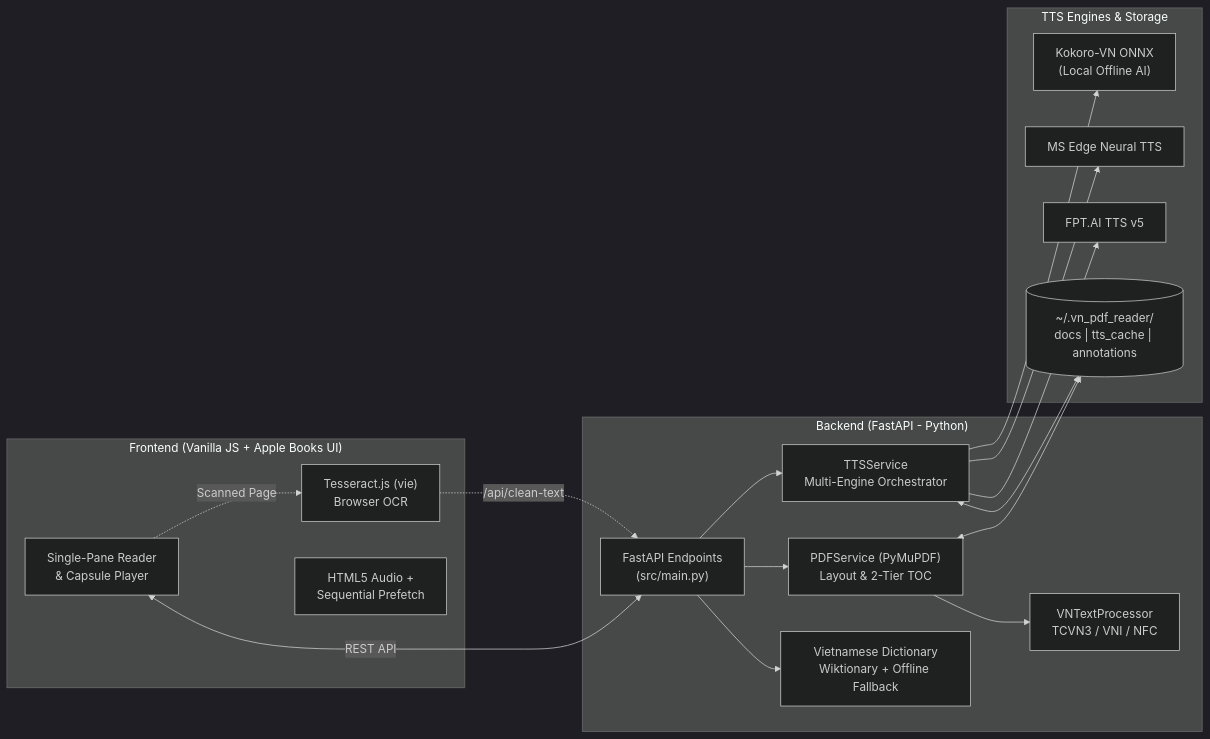
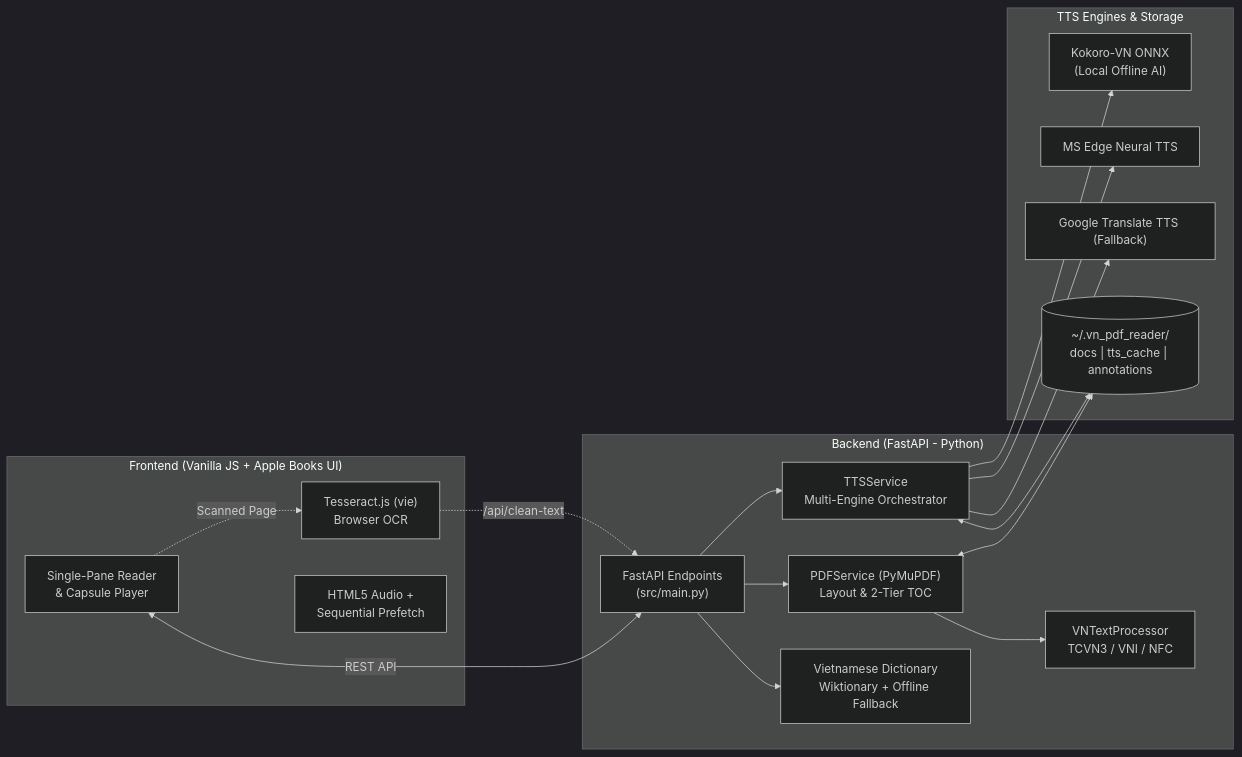
One commit to xuanchinh97/vn-pdf-reader changed the diagram in README.md. Above: the diagram before and after it, drawn with Mermaid (dark theme). The commit also changed other lines of this file and 9 other files, not shown here.

````diff
--- a/README.md
+++ b/README.md
@@ -103,32 +102,32 @@
 ```mermaid
 flowchart LR
     subgraph Client ["Frontend (Vanilla JS + Apple Books UI)"]
         UI["Single-Pane Reader\n& Capsule Player"]
         OCR["Tesseract.js (vie)\nBrowser OCR"]
         Audio["HTML5 Audio +\nSequential Prefetch"]
     end
 
     subgraph Server ["Backend (FastAPI - Python)"]
         API["FastAPI Endpoints\n(src/main.py)"]
         PDF["PDFService (PyMuPDF)\nLayout & 2-Tier TOC"]
         VN["VNTextProcessor\nTCVN3 / VNI / NFC"]
         TTS["TTSService\nMulti-Engine Orchestrator"]
         DICT["Vietnamese Dictionary\nWiktionary + Offline Fallback"]
     end
 
     subgraph Engines ["TTS Engines & Storage"]
         KOKORO["Kokoro-VN ONNX\n(Local Offline AI)"]
         EDGE["MS Edge Neural TTS"]
-        FPT["FPT.AI TTS v5"]
+        GOOGLE["Google Translate TTS (Fallback)"]
         CACHE[("~/.vn_pdf_reader/\ndocs | tts_cache | annotations")]
     end
 
     UI <-->|REST API| API
     UI -.->|Scanned Page| OCR
     OCR -.->|/api/clean-text| API
     API --> PDF --> VN
     API --> TTS
     API --> DICT
-    TTS --> KOKORO & EDGE & FPT
+    TTS --> KOKORO & EDGE & GOOGLE
     PDF & TTS <--> CACHE
 ```
````
